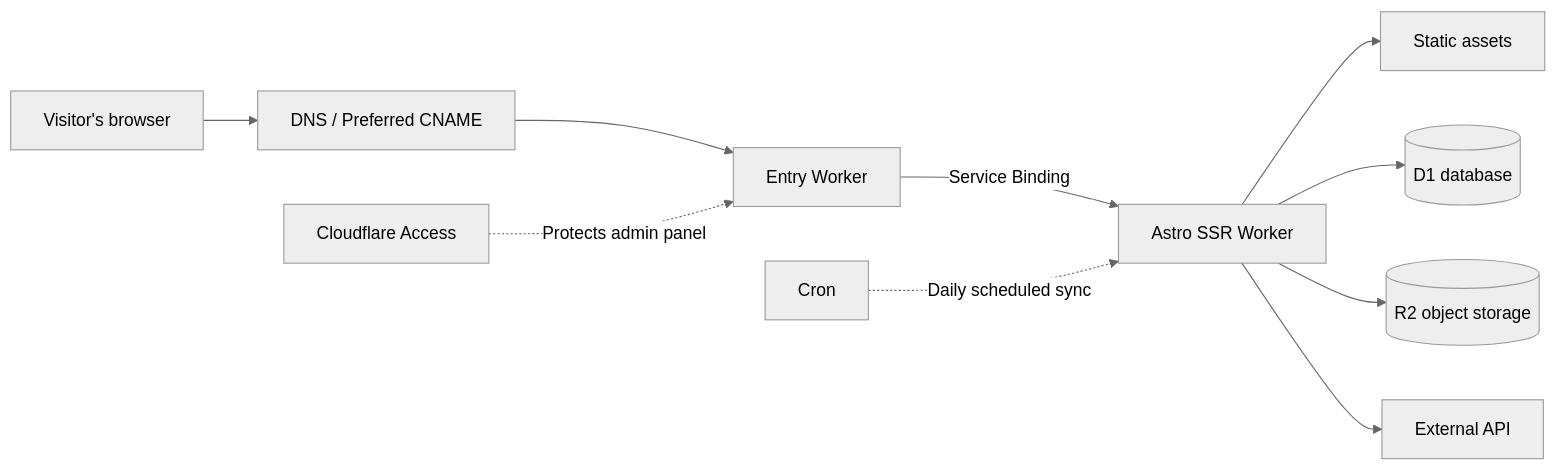
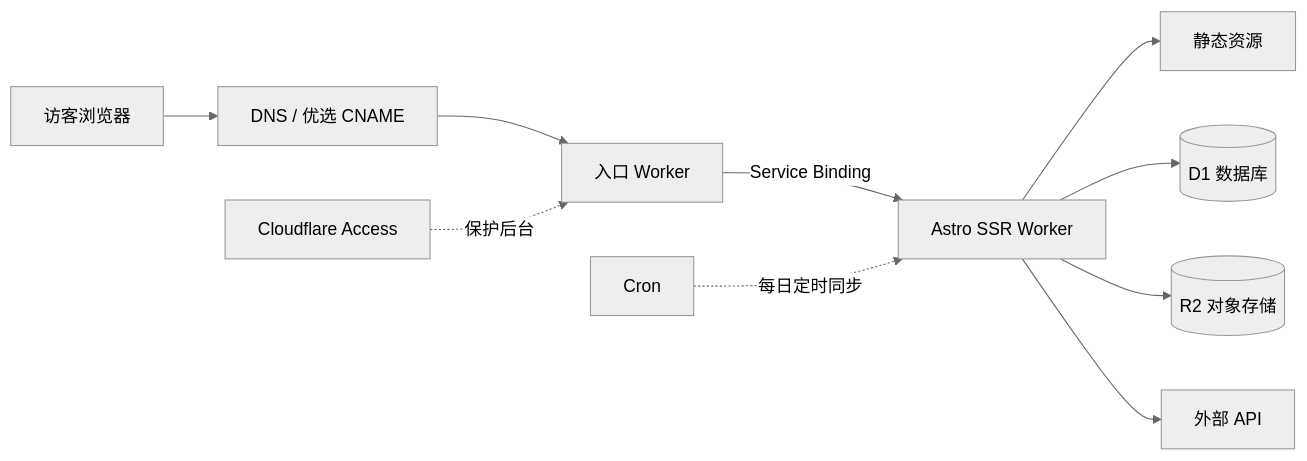
Before and after one commit to Edmounds/blog_web: the first of 2 diagrams in src/i18n/content/en/blog/基于Cloudflare构建个人网站.md, drawn with Mermaid (neutral theme). The commit also changed other lines of this file and 37 other files, not shown here.

````diff
--- a/src/i18n/content/en/blog/基于Cloudflare构建个人网站.md
+++ b/src/i18n/content/en/blog/基于Cloudflare构建个人网站.md
@@ -18,13 +18,13 @@
 ```mermaid
 flowchart LR
-  V[Visitor's browser] --> D[DNS / Preferred CNAME]
-  D --> E[Entry Worker]
+  V[访客浏览器] --> D[DNS / 优选 CNAME]
+  D --> E[入口 Worker]
   E -->|Service Binding| A[Astro SSR Worker]
-  A --> S[Static assets]
-  A --> Q[(D1 database)]
-  A --> R[(R2 object storage)]
-  A --> X[External API]
+  A --> S[静态资源]
+  A --> Q[(D1 数据库)]
+  A --> R[(R2 对象存储)]
+  A --> X[外部 API]
 
-  C[Cloudflare Access] -.Protects admin panel.-> E
-  K[Cron] -.Daily scheduled sync.-> A
+  C[Cloudflare Access] -.保护后台.-> E
+  K[Cron] -.每日定时同步.-> A
 ```
````
